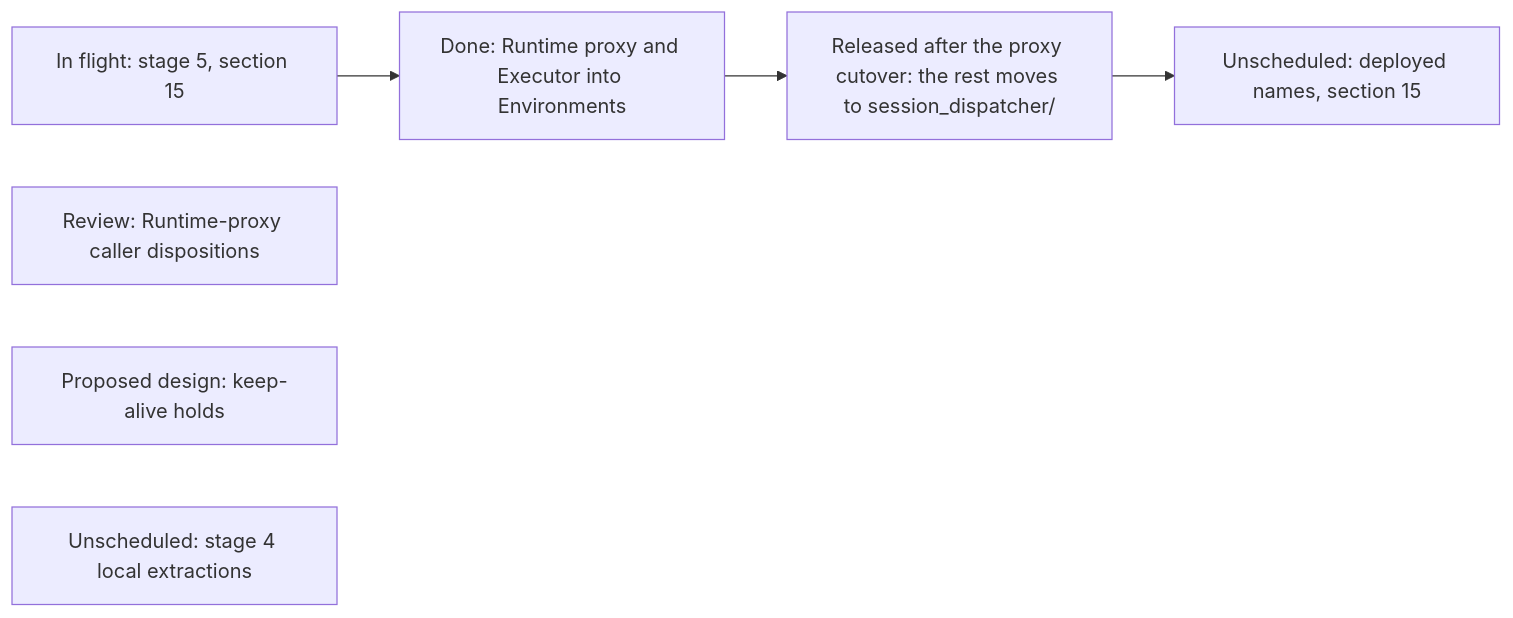
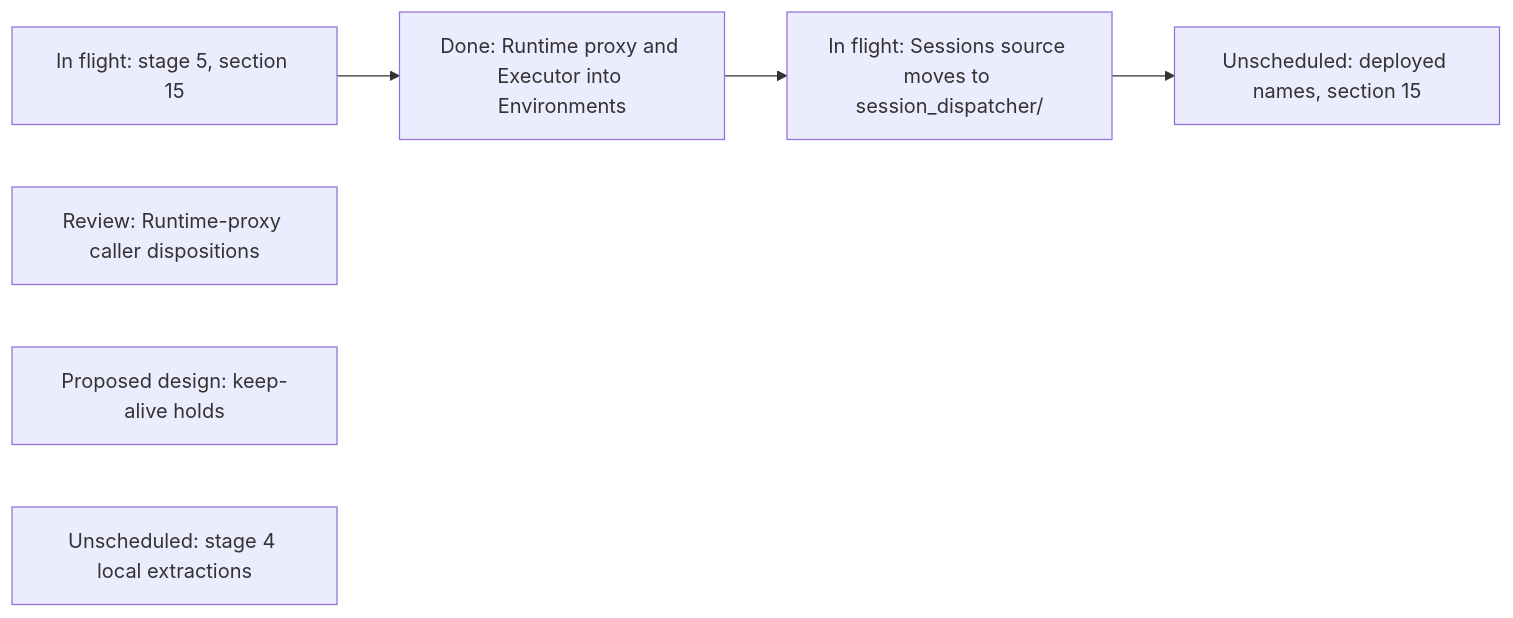
Diagram 20 of 20 in agentplane/plans/task_dag.md (agentydragon/ducktape), drawn with Mermaid before and after one commit. The commit also changed other lines of this file and 331 other files, not shown here.

Commit message:
Move Sessions source and assembly into session_dispatcher

````diff
--- a/agentplane/plans/task_dag.md
+++ b/agentplane/plans/task_dag.md
@@ -3885,13 +3885,13 @@
 ```mermaid
 flowchart LR
     PRIVILEGED_BACKEND_AUTH_DESIGN[In flight: stage 5, section 15]
     RUNTIME_PROXY_CALLER_AUDIT[Review: Runtime-proxy caller dispositions]
     RUNTIME_PROXY_TO_ENVIRONMENTS[Done: Runtime proxy and Executor into Environments]
-    SESSIONS_BINARY_DIRECTORY[Released after the proxy cutover: the rest moves to session_dispatcher/]
+    SESSIONS_BINARY_DIRECTORY[In flight: Sessions source moves to session_dispatcher/]
     ENVIRONMENT_KEEP_ALIVE_HOLDS[Proposed design: keep-alive holds]
     GO_LOCAL_EXTRACTIONS[Unscheduled: stage 4 local extractions]
     RUNNER_GATEWAY_RENAME[Unscheduled: deployed names, section 15]
     PRIVILEGED_BACKEND_AUTH_DESIGN --> RUNTIME_PROXY_TO_ENVIRONMENTS
     RUNTIME_PROXY_TO_ENVIRONMENTS --> SESSIONS_BINARY_DIRECTORY
     SESSIONS_BINARY_DIRECTORY --> RUNNER_GATEWAY_RENAME
 ```
````
